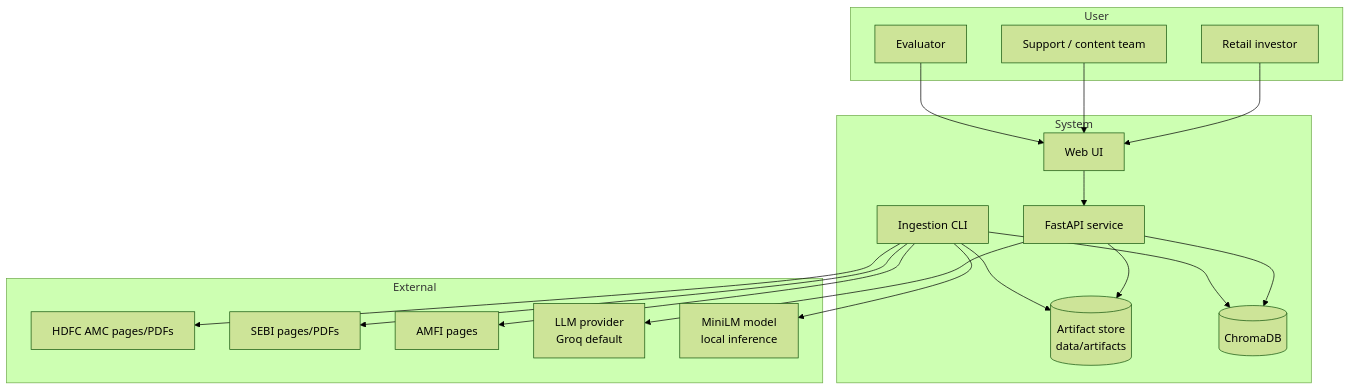
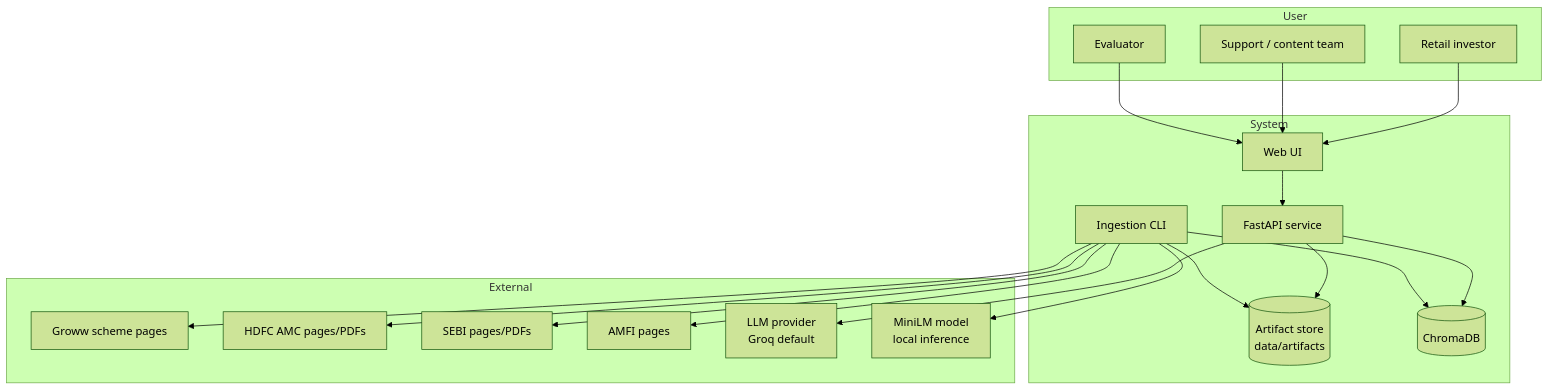
The first of 5 diagrams in Architecture.md (Noira-Khan/groww-ai-hdfc-mf-facts), drawn with Mermaid (forest theme) before and after one commit. The commit also changed other lines of this file and 17 other files, not shown here.

First line of the commit message:
Rebrand to Groww Fund Facts with curated Groww scheme citations.

````diff
--- a/Architecture.md
+++ b/Architecture.md
@@ -28,38 +28,40 @@
 ```mermaid
 flowchart TB
     subgraph User
         R[Retail investor]
         S[Support / content team]
         E[Evaluator]
     end
 
     subgraph System
         UI[Web UI]
         API[FastAPI service]
         PIPE[Ingestion CLI]
         ART[(Artifact store<br/>data/artifacts)]
         VDB[(ChromaDB)]
     end
 
     subgraph External
+        GROWW[Groww scheme pages]
         AMC[HDFC AMC pages/PDFs]
         SEBI[SEBI pages/PDFs]
         AMFI[AMFI pages]
         LLM[LLM provider<br/>Groq default]
         HF[MiniLM model<br/>local inference]
     end
 
     R --> UI
     S --> UI
     E --> UI
     UI --> API
     API --> VDB
     API --> LLM
     API --> ART
+    PIPE --> GROWW
     PIPE --> AMC
     PIPE --> SEBI
     PIPE --> AMFI
     PIPE --> HF
     PIPE --> VDB
     PIPE --> ART
 ```
````
